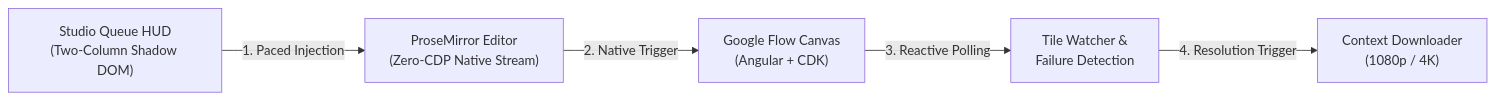
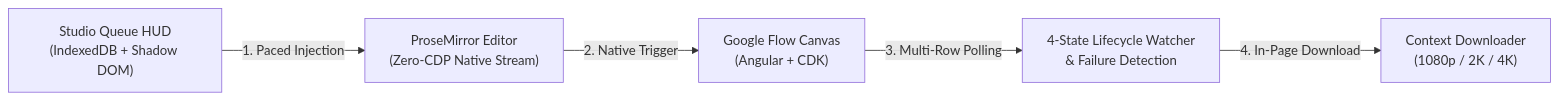
One commit to riiicil/rj-vflow-auto changed the diagram in README.md. Above: the diagram before and after it, drawn with Mermaid. The commit also changed other lines of this file and 15 other files, not shown here.

````diff
--- a/README.md
+++ b/README.md
@@ -16,7 +16,7 @@
 ```mermaid
 flowchart LR
-    Queue["Studio Queue HUD\n(Two-Column Shadow DOM)"] -->|1. Paced Injection| ProseMirror["ProseMirror Editor\n(Zero-CDP Native Stream)"]
+    Queue["Studio Queue HUD\n(IndexedDB + Shadow DOM)"] -->|1. Paced Injection| ProseMirror["ProseMirror Editor\n(Zero-CDP Native Stream)"]
     ProseMirror -->|2. Native Trigger| FlowCanvas["Google Flow Canvas\n(Angular + CDK)"]
-    FlowCanvas -->|3. Reactive Polling| Watcher["Tile Watcher &\nFailure Detection"]
-    Watcher -->|4. Resolution Trigger| Downloader["Context Downloader\n(1080p / 4K)"]
+    FlowCanvas -->|3. Multi-Row Polling| Watcher["4-State Lifecycle Watcher\n& Failure Detection"]
+    Watcher -->|4. In-Page Download| Downloader["Context Downloader\n(1080p / 2K / 4K)"]
 ```
````
